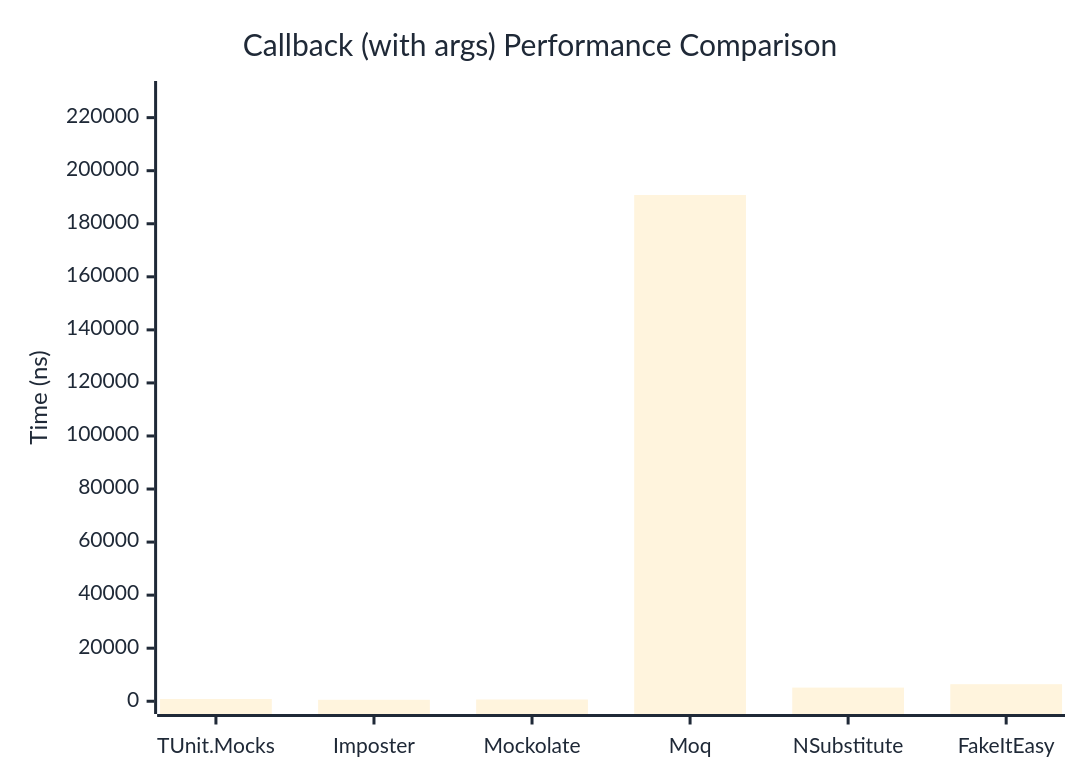
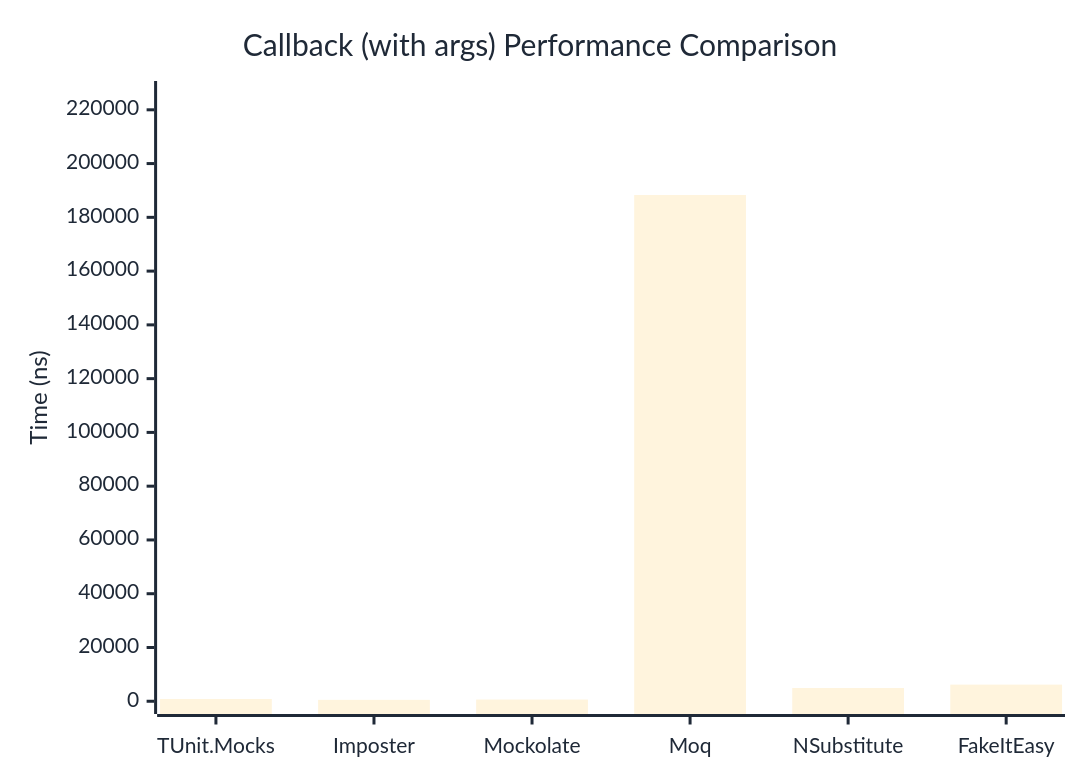
Before and after one commit to thomhurst/TUnit: the second of 2 diagrams in docs/docs/benchmarks/mocks/Callback.md, drawn with Mermaid. The commit also changed other lines of this file and 14 other files, not shown here.

````diff
--- a/docs/docs/benchmarks/mocks/Callback.md
+++ b/docs/docs/benchmarks/mocks/Callback.md
@@ -69,27 +69,27 @@
 ```mermaid
 %%{init: {
   'theme':'base',
   'themeVariables': {
     'primaryColor': '#2563eb',
     'primaryTextColor': '#1f2937',
     'primaryBorderColor': '#1e40af',
     'lineColor': '#6b7280',
     'secondaryColor': '#7c3aed',
     'tertiaryColor': '#dc2626',
     'background': '#ffffff',
     'pie1': '#2563eb',
     'pie2': '#7c3aed',
     'pie3': '#dc2626',
     'pie4': '#f59e0b',
     'pie5': '#10b981',
     'pie6': '#06b6d4',
     'pie7': '#ec4899',
     'pie8': '#6366f1'
   }
 }}%%
 xychart-beta
   title "Callback (with args) Performance Comparison"
   x-axis ["TUnit.Mocks", "Imposter", "Mockolate", "Moq", "NSubstitute", "FakeItEasy"]
-  y-axis "Time (ns)" 0 --> 229006
-  bar [854.9, 553, 666.6, 190837.9, 5149.2, 6425.4]
+  y-axis "Time (ns)" 0 --> 225971
+  bar [845.2, 521.4, 634.8, 188308.8, 4931.6, 6191.6]
 ```
````
